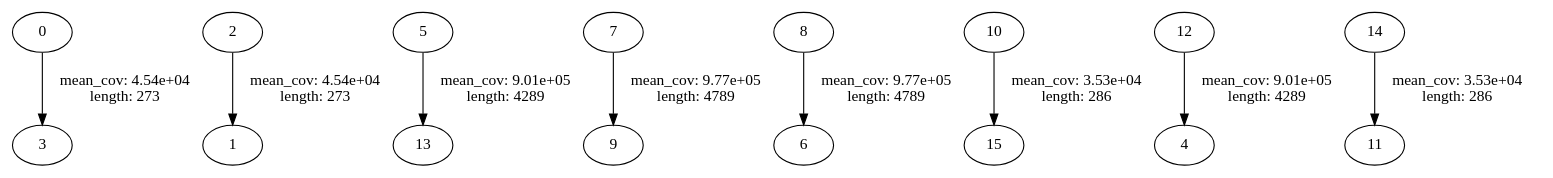
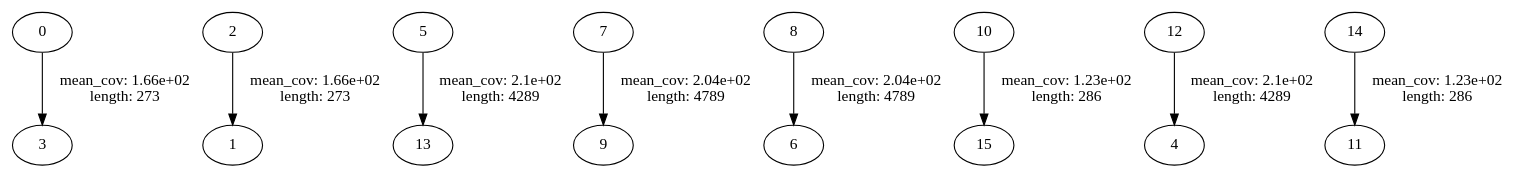
Before and after one commit to isheshukov/bioinf-ngs-course: the diagram in hw5/data/s_6.first10000.no_bad_edges.dot, drawn with Graphviz. The commit also changed 21 other files, not shown here.

```diff
--- a/hw5/data/s_6.first10000.no_bad_edges.dot
+++ b/hw5/data/s_6.first10000.no_bad_edges.dot
@@ -1,34 +1,34 @@
 strict digraph "" {
-	0 -> 3	 [label="mean_cov: 4.54e+04
+	0 -> 3	 [label="mean_cov: 1.66e+02
  length: 273",
 		length=273,
 		mean_cov=166.4102564102564];
-	2 -> 1	 [label="mean_cov: 4.54e+04
+	2 -> 1	 [label="mean_cov: 1.66e+02
  length: 273",
 		length=273,
 		mean_cov=166.4102564102564];
-	5 -> 13	 [label="mean_cov: 9.01e+05
+	5 -> 13	 [label="mean_cov: 2.1e+02
  length: 4289",
 		length=4289,
 		mean_cov=210.10701795290277];
-	7 -> 9	 [label="mean_cov: 9.77e+05
+	7 -> 9	 [label="mean_cov: 2.04e+02
  length: 4789",
 		length=4789,
 		mean_cov=204.03549801628733];
-	8 -> 6	 [label="mean_cov: 9.77e+05
+	8 -> 6	 [label="mean_cov: 2.04e+02
  length: 4789",
 		length=4789,
 		mean_cov=204.03549801628733];
-	10 -> 15	 [label="mean_cov: 3.53e+04
+	10 -> 15	 [label="mean_cov: 1.23e+02
  length: 286",
 		length=286,
 		mean_cov=123.48251748251748];
-	12 -> 4	 [label="mean_cov: 9.01e+05
+	12 -> 4	 [label="mean_cov: 2.1e+02
  length: 4289",
 		length=4289,
 		mean_cov=210.10701795290277];
-	14 -> 11	 [label="mean_cov: 3.53e+04
+	14 -> 11	 [label="mean_cov: 1.23e+02
  length: 286",
 		length=286,
 		mean_cov=123.48251748251748];
 }
```
